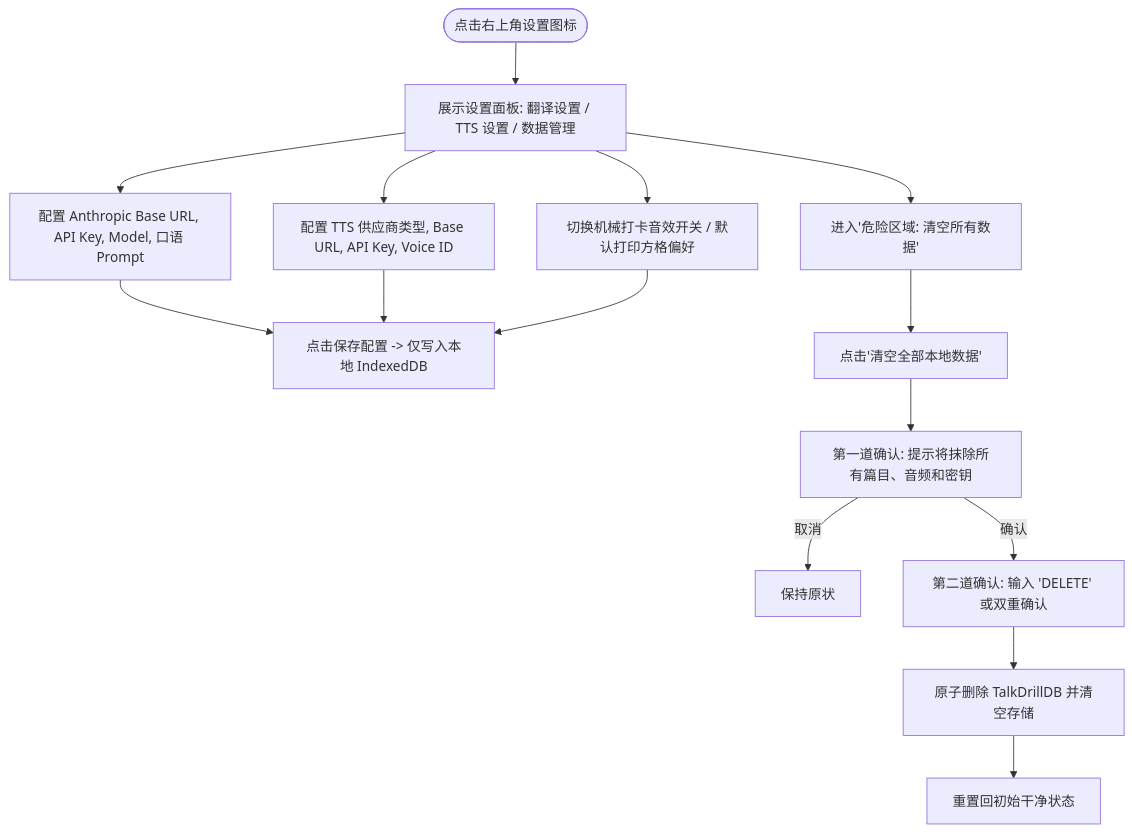
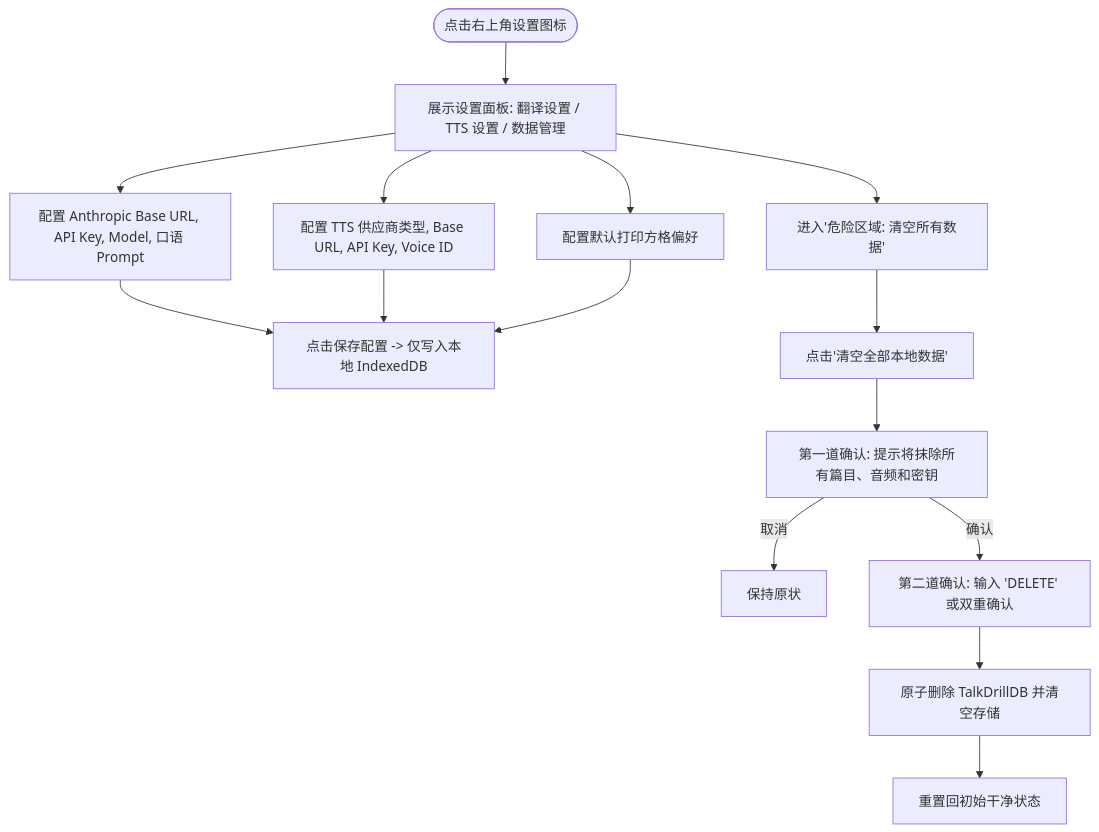
One commit to availlogic/talkdrill changed the seventh of 7 diagrams in docs/User-Flows.md. Above: the diagram before and after it, drawn with Mermaid. The commit also changed other lines of this file and 19 other files, not shown here.

````diff
--- a/docs/User-Flows.md
+++ b/docs/User-Flows.md
@@ -227,20 +224,20 @@
 ```mermaid
 flowchart TD
     OpenSettings([点击右上角设置图标]) --> ShowTabs[展示设置面板: 翻译设置 / TTS 设置 / 数据管理]
     
     ShowTabs --> ConfigTrans[配置 Anthropic Base URL, API Key, Model, 口语 Prompt]
     ShowTabs --> ConfigTTS[配置 TTS 供应商类型, Base URL, API Key, Voice ID]
-    ShowTabs --> ConfigMisc[切换机械打卡音效开关 / 默认打印方格偏好]
+    ShowTabs --> ConfigMisc[配置默认打印方格偏好]
     
     ConfigTrans --> SaveSettings[点击保存配置 -> 仅写入本地 IndexedDB]
     ConfigTTS --> SaveSettings
     ConfigMisc --> SaveSettings
     
     ShowTabs --> DangerZone[进入'危险区域: 清空所有数据']
     DangerZone --> ClickPurge[点击'清空全部本地数据']
     ClickPurge --> ConfirmModal1[第一道确认: 提示将抹除所有篇目、音频和密钥]
     ConfirmModal1 -->|取消| CancelPurge[保持原状]
     ConfirmModal1 -->|确认| ConfirmModal2[第二道确认: 输入 'DELETE' 或双重确认]
     ConfirmModal2 --> AtomicDelete[原子删除 TalkDrillDB 并清空存储]
     AtomicDelete --> ReloadApp[重置回初始干净状态]
 ```
````
